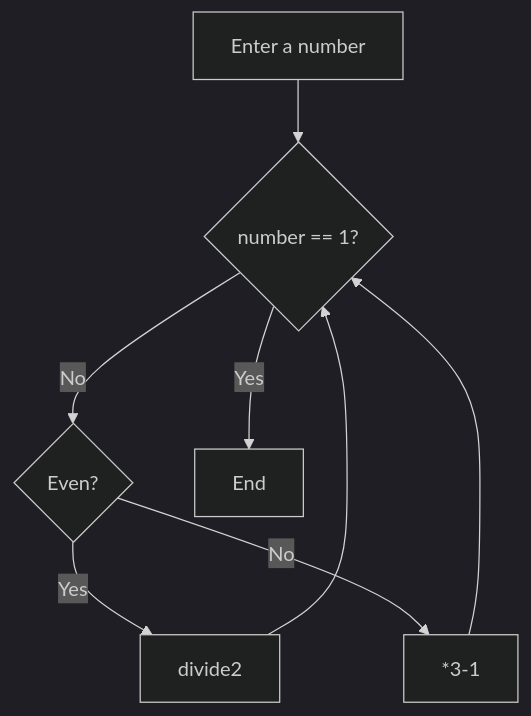
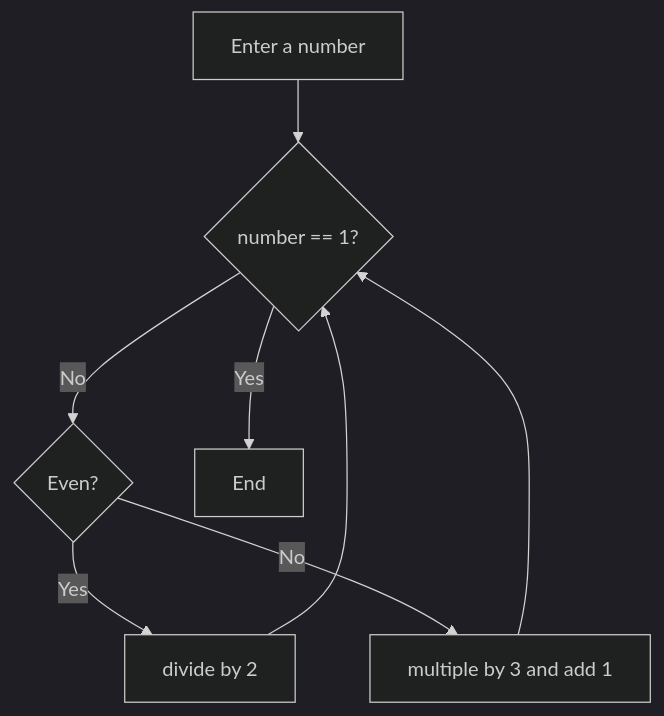
One commit to PeeBs68/mywork changed the second of 2 diagrams in README.md. Above: the diagram before and after it, drawn with Mermaid (dark theme).

Commit message:
mermaid testing

````diff
--- a/README.md
+++ b/README.md
@@ -27,10 +27,10 @@
 ```mermaid
 flowchart TD;
     A[Enter a number] --> B{number == 1?};
     B -- No --> C{Even?};
     B -- Yes --> G[End];
-    C -- Yes --> D[divide2];
+    C -- Yes --> D[divide by 2];
     D --> B;
-    C -- No --> E[*3-1];
+    C -- No --> E[multiple by 3 and add 1];
     E --> B;
 ```
````
